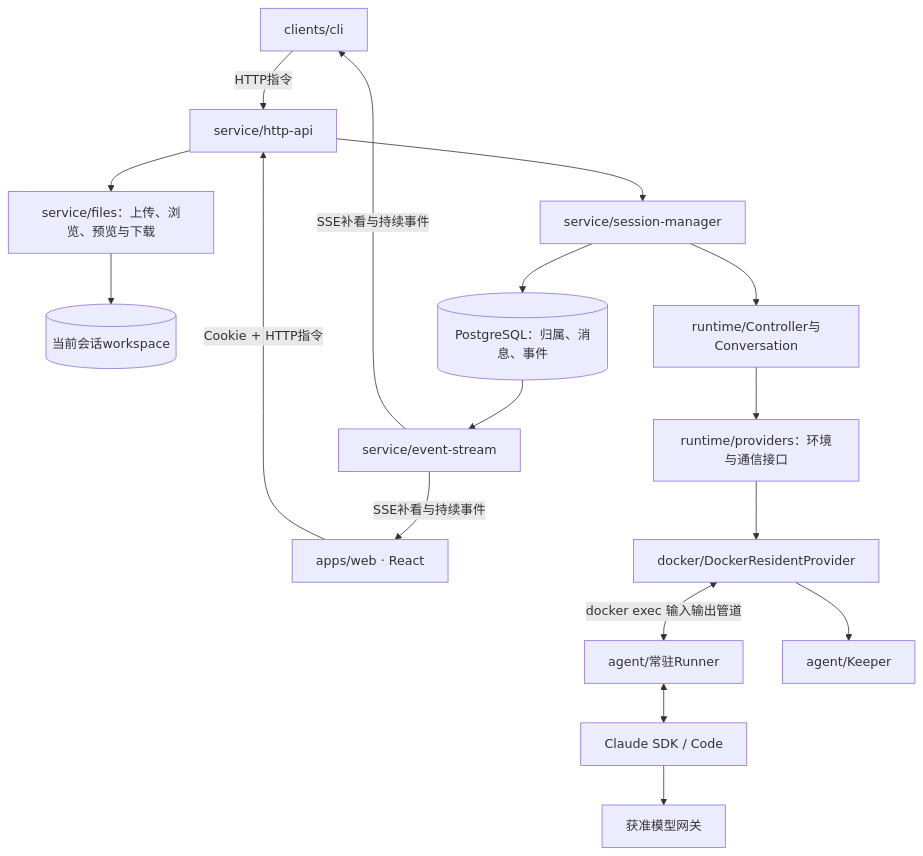
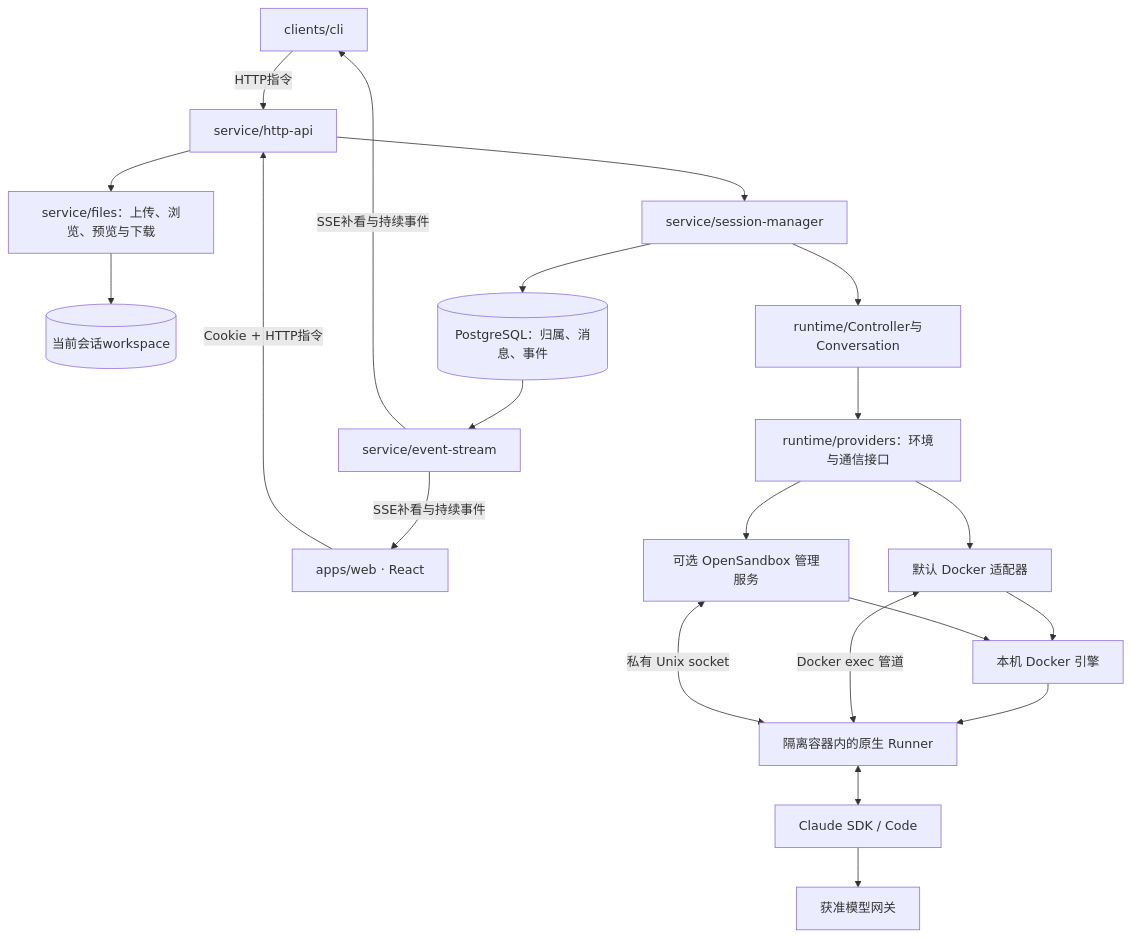
The diagram in docs/architecture.md (chenyk2016/agent-harbor), drawn with Mermaid before and after one commit. The commit also changed other lines of this file and 13 other files, not shown here.

````diff
--- a/docs/architecture.md
+++ b/docs/architecture.md
@@ -5,19 +5,23 @@
 ```mermaid
 flowchart TD
   CLI[clients/cli] -->|HTTP指令| API[service/http-api]
   WEB[apps/web · React] -->|Cookie + HTTP指令| API
   API --> F[service/files：上传、浏览、预览与下载]
   F --> W[(当前会话workspace)]
   API --> M[service/session-manager]
   M --> DB[(PostgreSQL：归属、消息、事件)]
   DB --> SSE[service/event-stream]
   SSE -->|SSE补看与持续事件| CLI
   SSE -->|SSE补看与持续事件| WEB
   M --> C[runtime/Controller与Conversation]
   C --> P[runtime/providers：环境与通信接口]
-  P --> D[docker/DockerResidentProvider]
-  D <-->|docker exec 输入输出管道| R[agent/常驻Runner]
-  D --> K[agent/Keeper]
+  P --> D[默认 Docker 适配器]
+  P --> O[可选 OpenSandbox 管理服务]
+  D --> E[本机 Docker 引擎]
+  O --> E
+  E --> R[隔离容器内的原生 Runner]
+  D <-->|Docker exec 管道| R
+  O <-->|私有 Unix socket| R
   R <--> SDK[Claude SDK / Code]
   SDK --> G[获准模型网关]
 ```
````
